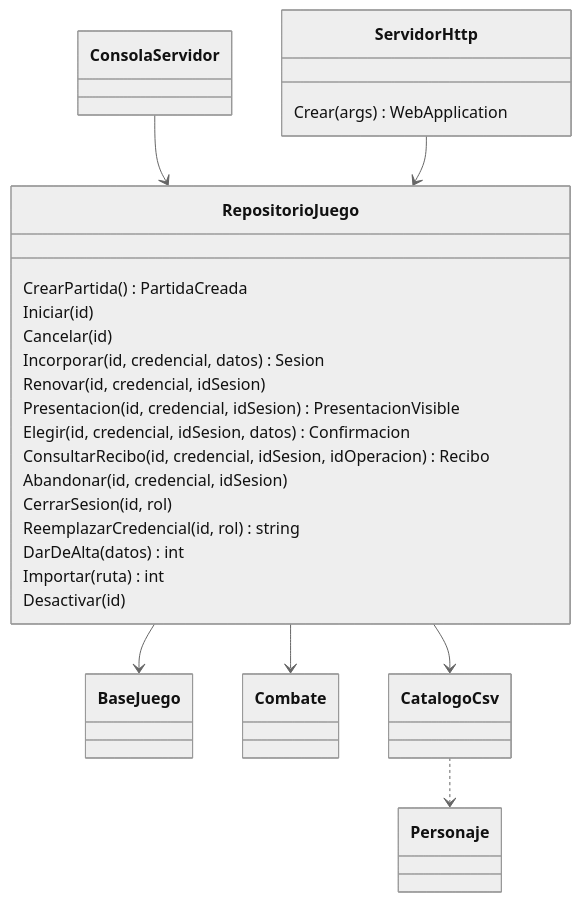
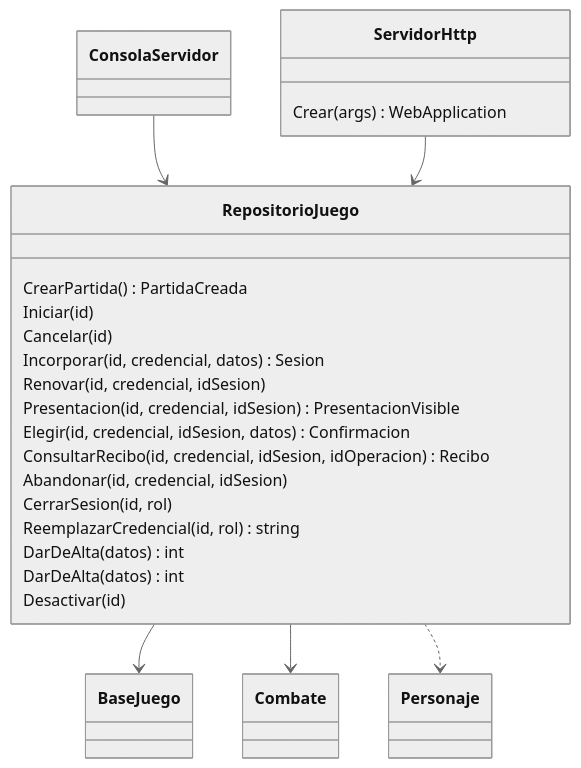
One commit to 51215927-spec/proyecto-integrador-final changed the second of 2 diagrams in docs/arquitectura.md. Above: the diagram before and after it, drawn with Mermaid (neutral theme). The commit also changed other lines of this file and 7 other files, not shown here.

````diff
--- a/docs/arquitectura.md
+++ b/docs/arquitectura.md
@@ -45,28 +45,27 @@
 ```mermaid
 classDiagram
     ConsolaServidor --> RepositorioJuego
     ServidorHttp --> RepositorioJuego
     RepositorioJuego --> BaseJuego
     RepositorioJuego --> Combate
-    RepositorioJuego --> CatalogoCsv
-    CatalogoCsv ..> Personaje
+    RepositorioJuego ..> Personaje
     class ServidorHttp {
         Crear(args) WebApplication
     }
     class RepositorioJuego {
         CrearPartida() PartidaCreada
         Iniciar(id)
         Cancelar(id)
         Incorporar(id, credencial, datos) Sesion
         Renovar(id, credencial, idSesion)
         Presentacion(id, credencial, idSesion) PresentacionVisible
         Elegir(id, credencial, idSesion, datos) Confirmacion
         ConsultarRecibo(id, credencial, idSesion, idOperacion) Recibo
         Abandonar(id, credencial, idSesion)
         CerrarSesion(id, rol)
         ReemplazarCredencial(id, rol) string
         DarDeAlta(datos) int
-        Importar(ruta) int
+        DarDeAlta(datos) int
         Desactivar(id)
     }
 ```
````
